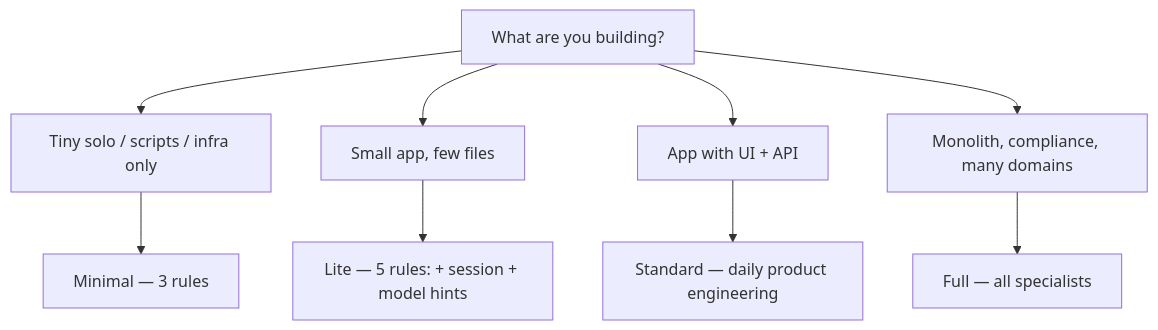
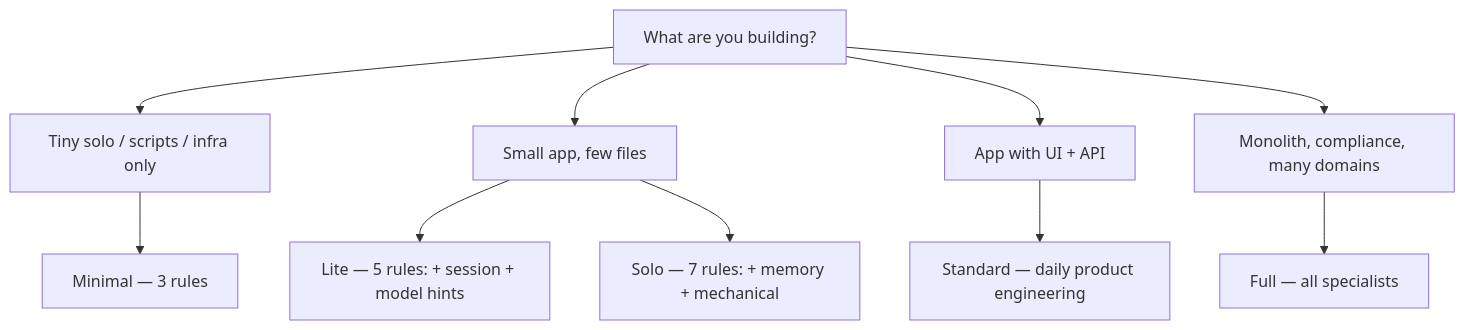
One commit to Manoj7ar/mstack changed the diagram in docs/ONBOARDING.md. Above: the diagram before and after it, drawn with Mermaid. The commit also changed other lines of this file and 22 other files, not shown here.

````diff
--- a/docs/ONBOARDING.md
+++ b/docs/ONBOARDING.md
@@ -7,16 +7,17 @@
 ```mermaid
 flowchart TD
   q[What are you building?]
   tiny[Tiny solo / scripts / infra only]
   small[Small app, few files]
   app[App with UI + API]
   heavy[Monolith, compliance, many domains]
   q --> tiny
   q --> small
   q --> app
   q --> heavy
   tiny --> minimal[Minimal — 3 rules]
   small --> lite[Lite — 5 rules: + session + model hints]
+  small --> solo[Solo — 7 rules: + memory + mechanical]
   app --> standard[Standard — daily product engineering]
   heavy --> full[Full — all specialists]
 ```
````
